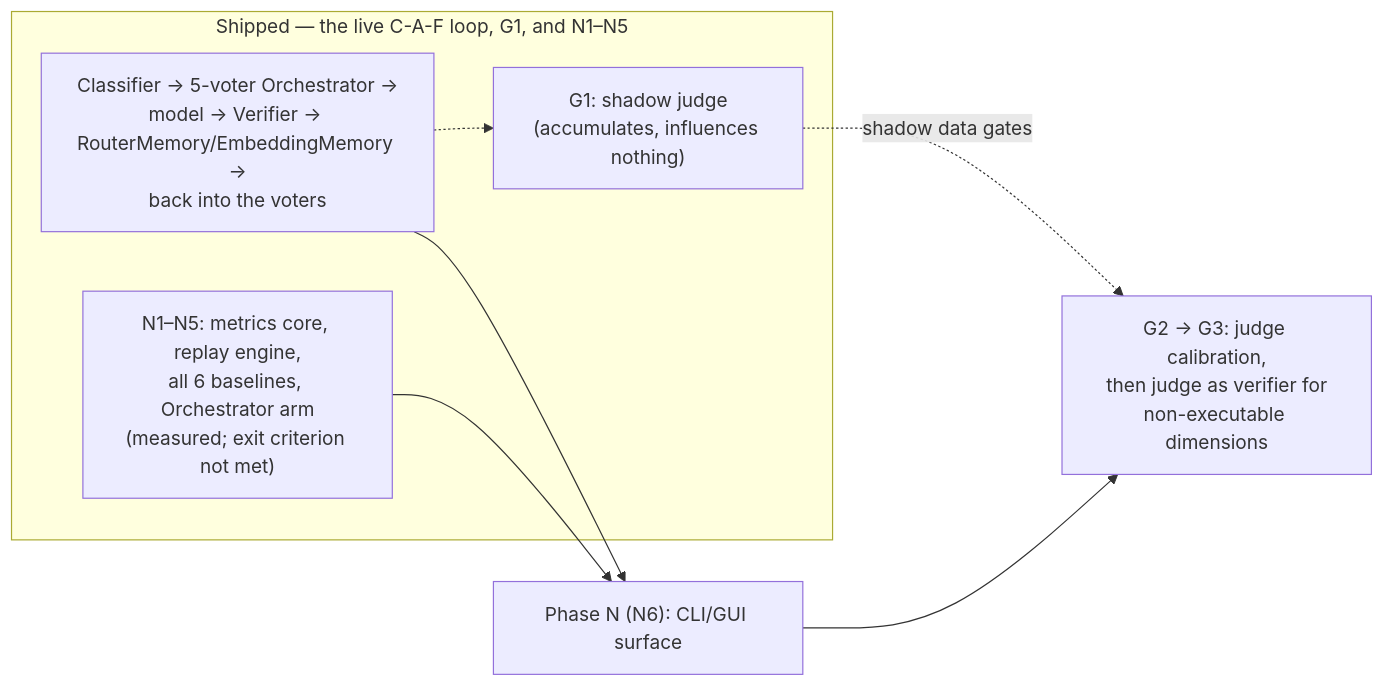
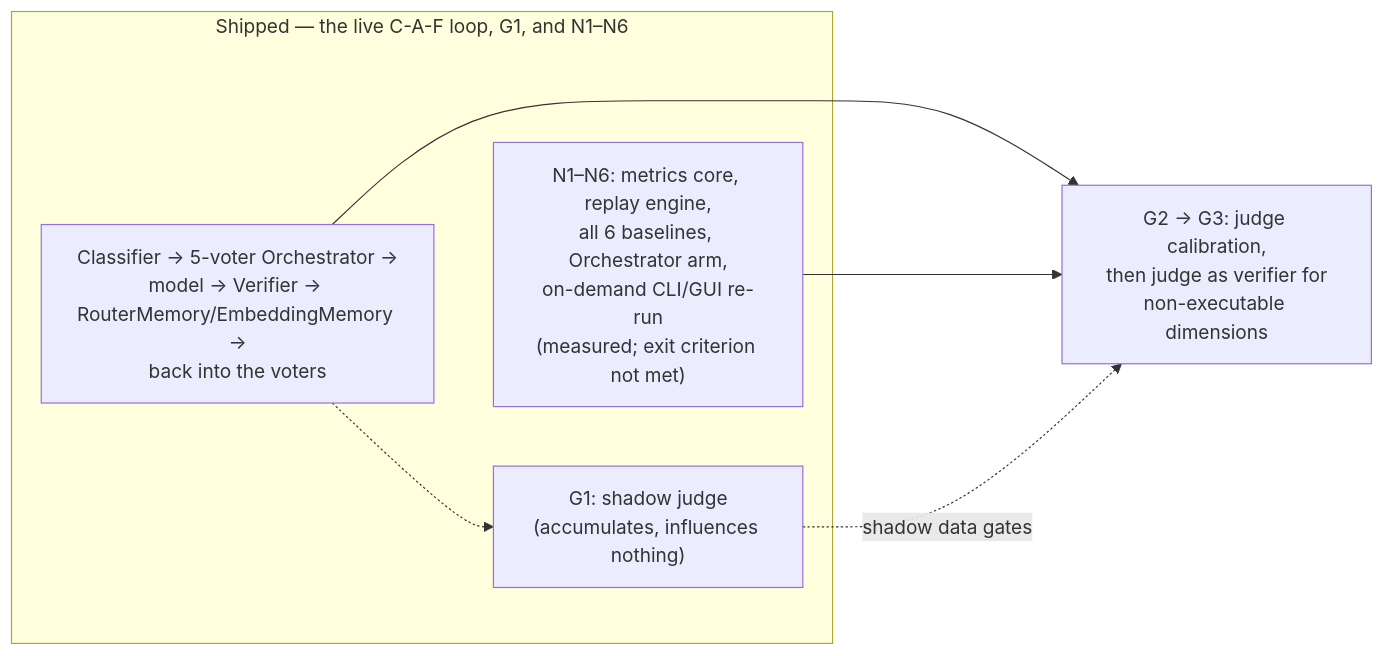
One commit to davidpizon/TotallyHot-ArcRouter changed the diagram in src/PLAN.md. Above: the diagram before and after it, drawn with Mermaid. The commit also changed other lines of this file and 33 other files, not shown here.

First line of the commit message:
Phase N6: on-demand regret harness re-run (CLI, gRPC, Governance panel)

````diff
--- a/src/PLAN.md
+++ b/src/PLAN.md
@@ -124,16 +125,15 @@
 ```mermaid
 flowchart LR
-    subgraph shipped["Shipped — the live C-A-F loop, G1, and N1–N5"]
+    subgraph shipped["Shipped — the live C-A-F loop, G1, and N1–N6"]
         LOOP["Classifier → 5-voter Orchestrator →<br/>model → Verifier → RouterMemory/EmbeddingMemory →<br/>back into the voters"]
         G1["G1: shadow judge<br/>(accumulates, influences nothing)"]
-        N15["N1–N5: metrics core, replay engine,<br/>all 6 baselines, Orchestrator arm<br/>(measured; exit criterion not met)"]
+        N16["N1–N6: metrics core, replay engine,<br/>all 6 baselines, Orchestrator arm,<br/>on-demand CLI/GUI re-run<br/>(measured; exit criterion not met)"]
         LOOP -.-> G1
     end
 
-    N["Phase N (N6): CLI/GUI surface"]
     G23["G2 → G3: judge calibration,<br/>then judge as verifier for<br/>non-executable dimensions"]
 
-    LOOP --> N --> G23
-    N15 --> N
+    LOOP --> G23
+    N16 --> G23
     G1 -.->|"shadow data gates"| G23
 ```
````
